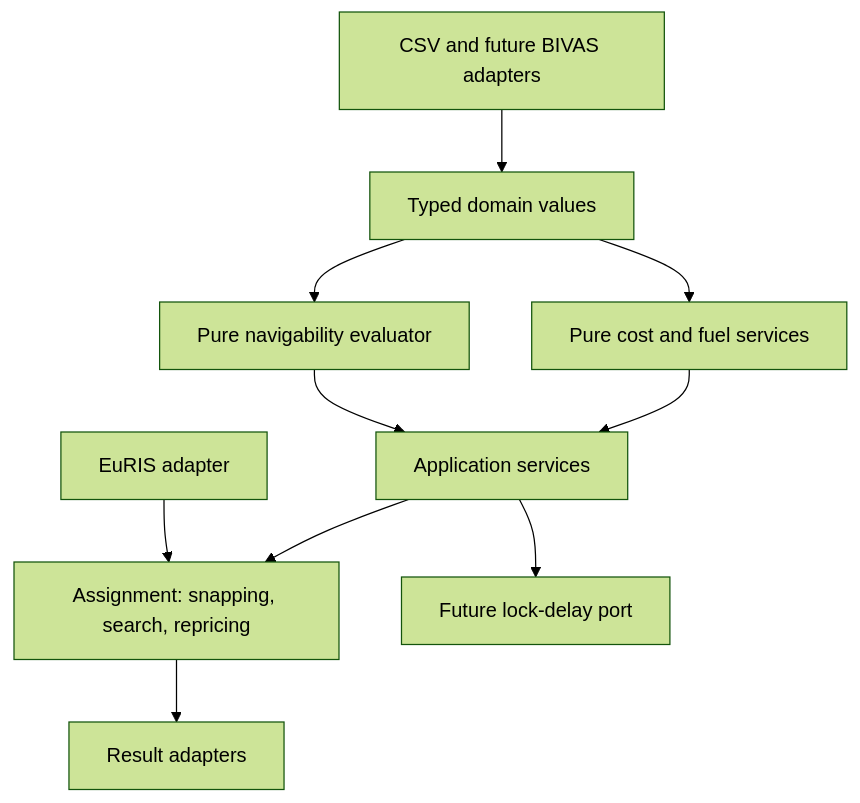
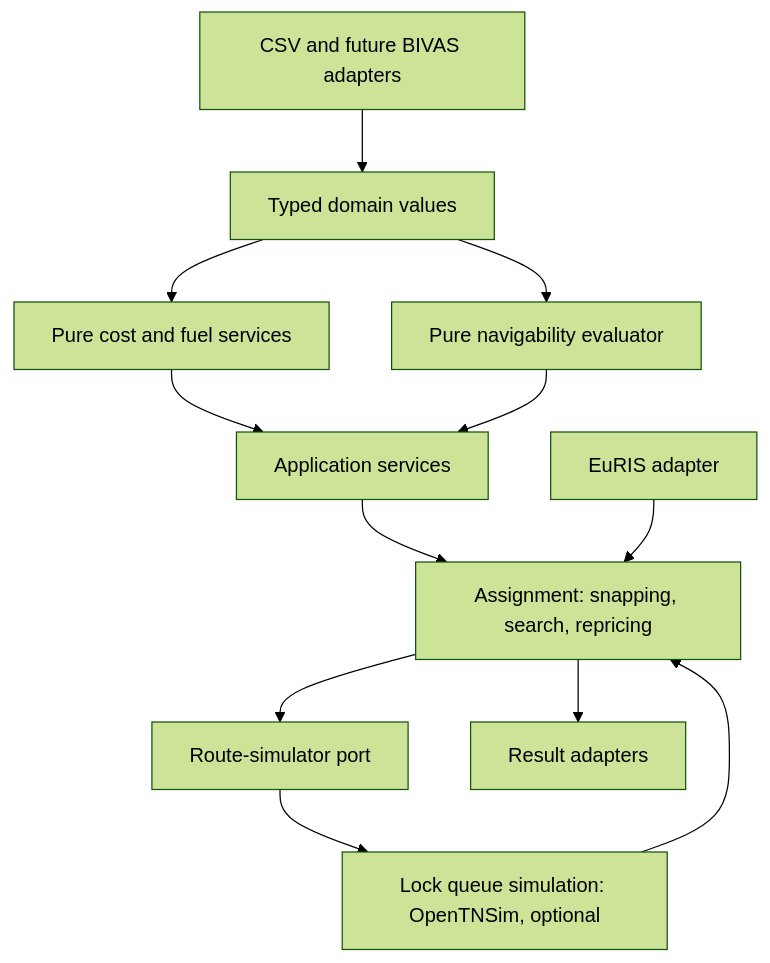
The diagram in docs/architecture.md (Deltares-research/iww-route-assignment), drawn with Mermaid (forest theme) before and after one commit. The commit also changed other lines of this file and 49 other files, not shown here.

Commit message:
added OpenTNSim simulation for lock simulation

````diff
--- a/docs/architecture.md
+++ b/docs/architecture.md
@@ -18,12 +18,14 @@
 ```mermaid
 flowchart TD
     A[CSV and future BIVAS adapters] --> B[Typed domain values]
     B --> C[Pure cost and fuel services]
     B --> N[Pure navigability evaluator]
     C --> D[Application services]
     N --> D
     D --> E[Assignment: snapping, search, repricing]
-    D --> F[Future lock-delay port]
+    E --> P[Route-simulator port]
+    P --> S[Lock queue simulation: OpenTNSim, optional]
+    S --> E
     E --> G[Result adapters]
     H[EuRIS adapter] --> E
 ```
````
